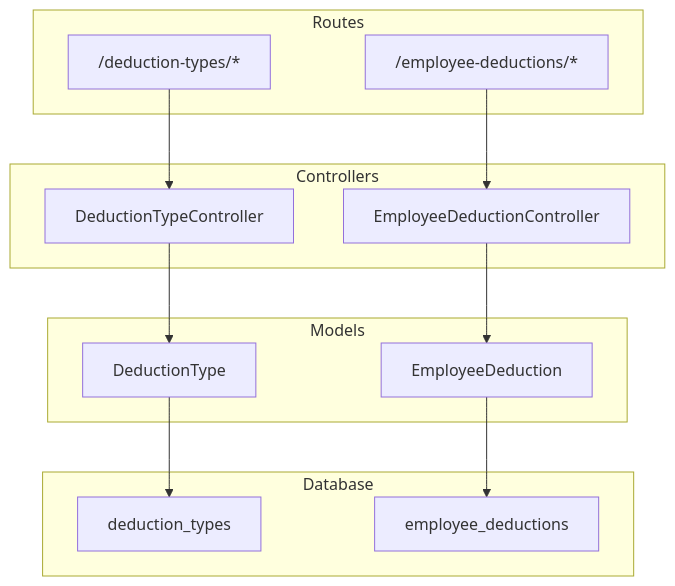
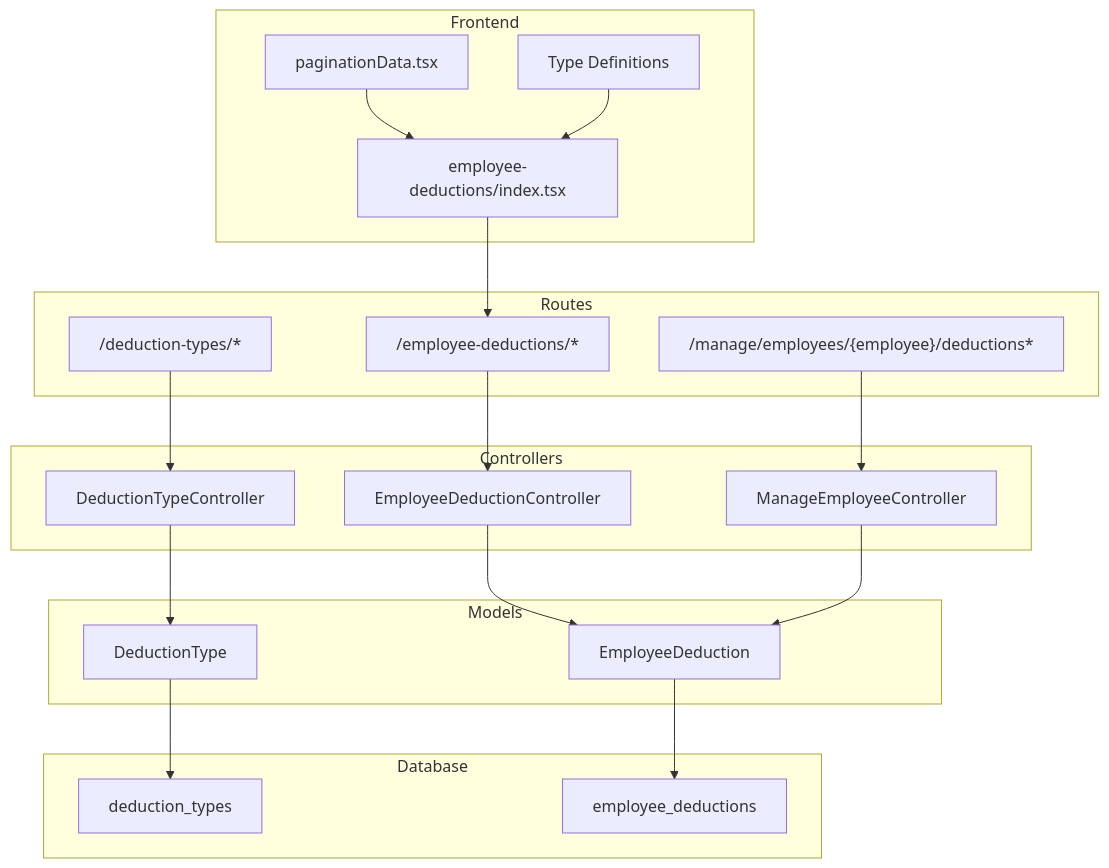
Before and after one commit to vincet0t15/template: the first of 4 diagrams in .qoder/repowiki/en/content/API Documentation/Deduction Management API/Deduction Management API.md, drawn with Mermaid. The commit also changed other lines of this file and 3 other files, not shown here.

````diff
--- a/.qoder/repowiki/en/content/API Documentation/Deduction Management API/Deduction Management API.md
+++ b/.qoder/repowiki/en/content/API Documentation/Deduction Management API/Deduction Management API.md
@@ -35,25 +52,37 @@
 ```mermaid
 graph TB
 subgraph "Routes"
 RT["/deduction-types/*"]
 RE["/employee-deductions/*"]
+RM["/manage/employees/{employee}/deductions*"]
 end
 subgraph "Controllers"
 CDT["DeductionTypeController"]
 CED["EmployeeDeductionController"]
+MEM["ManageEmployeeController"]
 end
 subgraph "Models"
 MDT["DeductionType"]
 MED["EmployeeDeduction"]
 end
 subgraph "Database"
 TDT["deduction_types"]
 TED["employee_deductions"]
 end
+subgraph "Frontend"
+FED["employee-deductions/index.tsx"]
+FP["paginationData.tsx"]
+FT["Type Definitions"]
+end
 RT --> CDT
 RE --> CED
+RM --> MEM
 CDT --> MDT
 CED --> MED
+MEM --> MED
 MDT --> TDT
 MED --> TED
+FED --> RE
+FP --> FED
+FT --> FED
 ```
````
